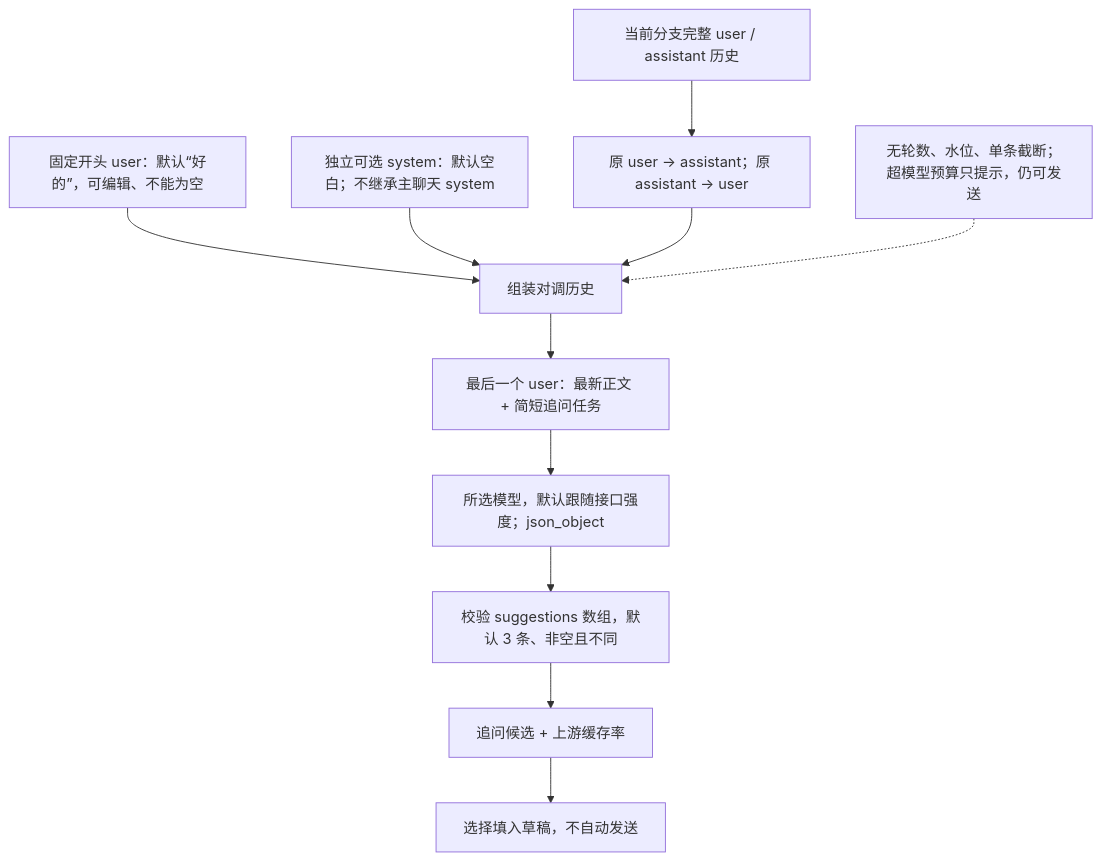
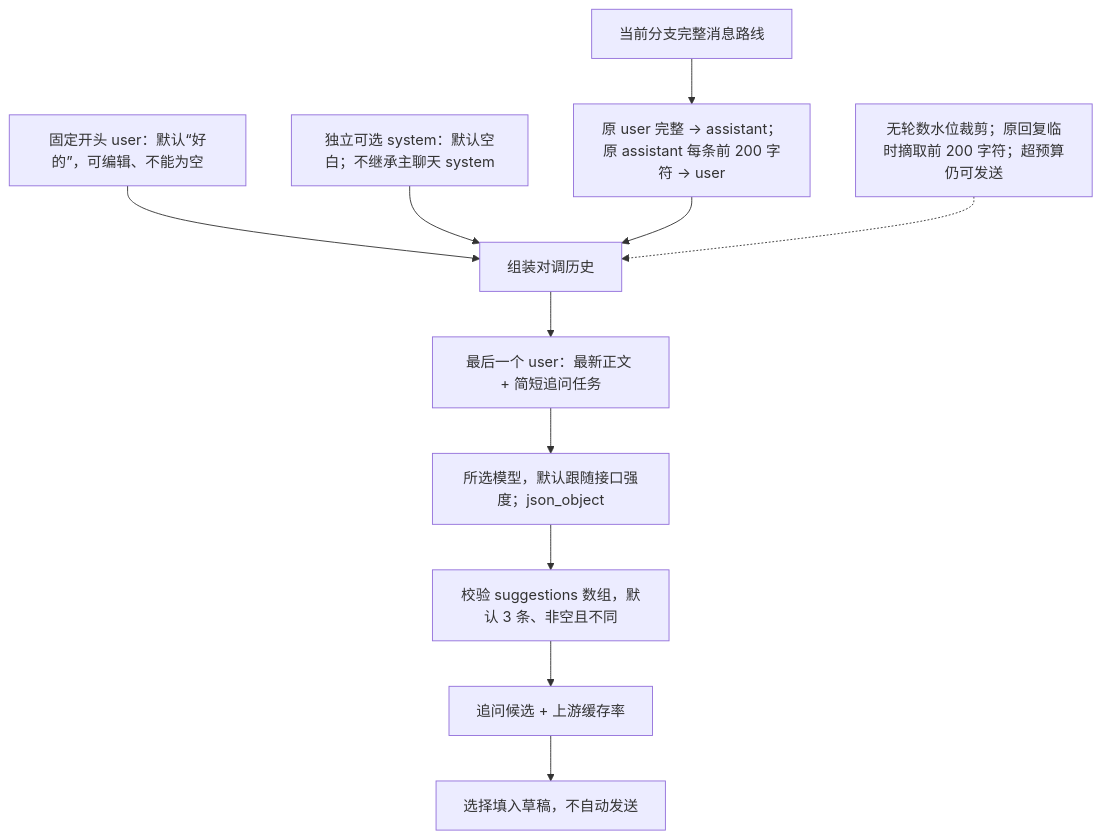
Before and after one commit to ccawmiku/workers-chat: the fifth of 7 diagrams in docs/PLUGINS.md, drawn with Mermaid. The commit also changed other lines of this file and 6 other files, not shown here.

````diff
--- a/docs/PLUGINS.md
+++ b/docs/PLUGINS.md
@@ -278,13 +278,13 @@
 ```mermaid
 flowchart TD
-    Branch[当前分支完整 user / assistant 历史] --> Swap[原 user → assistant；原 assistant → user]
+    Branch[当前分支完整消息路线] --> Swap[原 user 完整 → assistant；原 assistant 每条前 200 字符 → user]
     U0[固定开头 user：默认“好的”，可编辑、不能为空] --> Prefix[组装对调历史]
     System[独立可选 system：默认空白；不继承主聊天 system] --> Prefix
     Swap --> Prefix
     Prefix --> Tail[最后一个 user：最新正文 + 简短追问任务]
     Tail --> Model[所选模型，默认跟随接口强度；json_object]
     Model --> Check[校验 suggestions 数组，默认 3 条、非空且不同]
     Check --> Cards[追问候选 + 上游缓存率]
     Cards --> Draft[选择填入草稿，不自动发送]
-    Water[无轮数、水位、单条截断；超模型预算只提示，仍可发送] -.-> Prefix
+    Water[无轮数水位裁剪；原回复临时摘取前 200 字符；超预算仍可发送] -.-> Prefix
 ```
````
